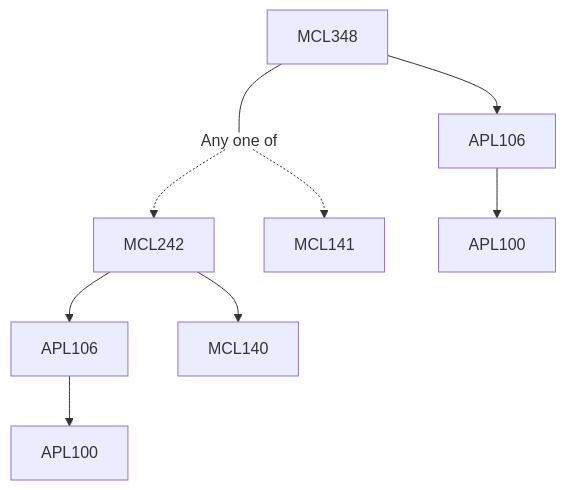
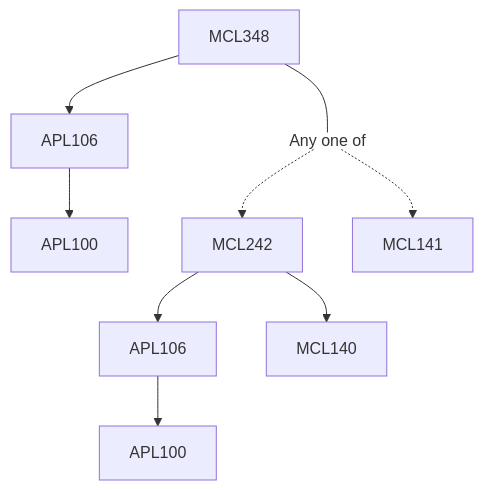
Before and after one commit to KeshavBansal0122/CoS_Website: the diagram in content/Mechanical Engineering/MCL348.md, drawn with Mermaid. The commit also changed other lines of this file and 2662 other files, not shown here.

````diff
--- a/content/Mechanical Engineering/MCL348.md
+++ b/content/Mechanical Engineering/MCL348.md
@@ -13,15 +13,15 @@
 ```mermaid
 flowchart TD
 MCL348-1434[MCL348]
+APL106-1434 --> APL100-1434[APL100]
 MCL348-1434 --- Or1435[Any one of]:::empty
-MCL242-1436 --> APL106-1436[APL106]
 APL106-1436 --> APL100-1436[APL100]
 MCL242-1436 --> MCL140-1436[MCL140]
 Or1435 -.-> MCL242-1436[MCL242]
+MCL242-1436 --> APL106-1436[APL106]
 Or1435 -.-> MCL141-1437[MCL141]
-APL106-1434 --> APL100-1434[APL100]
 MCL348-1434 --> APL106-1434[APL106]
 
 classDef empty height:17px, fill:transparent, stroke:transparent;
 classDef trueEmpty height:0px, width:0px;
 ```
````
